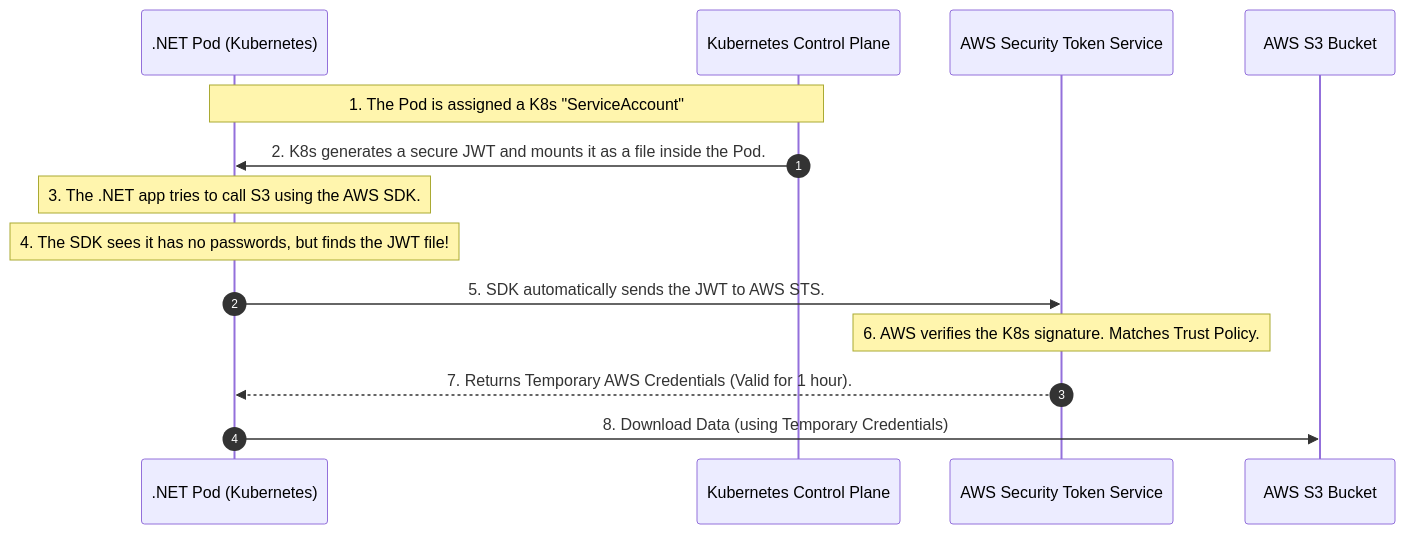
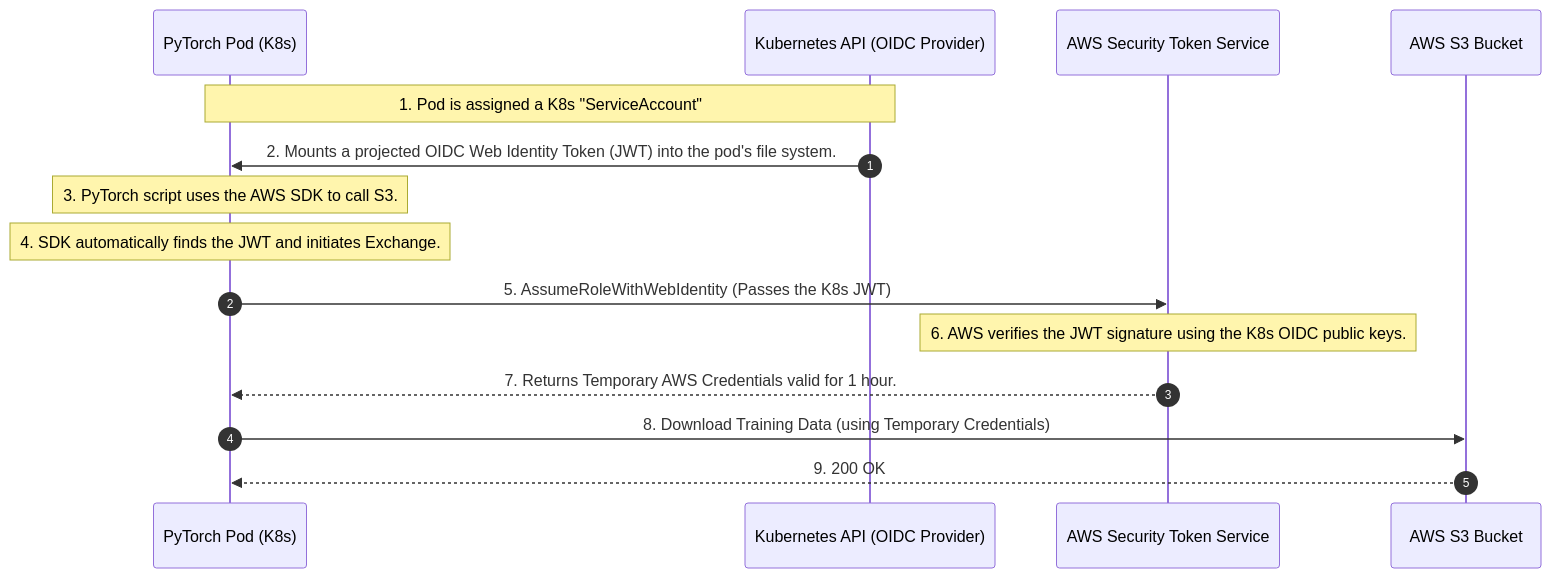
One commit to nirajp82/IdentityAccessManagement_IAM changed the third of 4 diagrams in Quiz/05_machine_to_machine_m2m_and_workload_identity.md. Above: the diagram before and after it, drawn with Mermaid. The commit also changed other lines of this file, not shown here.

````diff
--- a/Quiz/05_machine_to_machine_m2m_and_workload_identity.md
+++ b/Quiz/05_machine_to_machine_m2m_and_workload_identity.md
@@ -159,22 +189,23 @@
 ```mermaid
 sequenceDiagram
     autonumber
-    participant Pod as .NET Pod (Kubernetes)
-    participant Kube as Kubernetes Control Plane
+    participant Pod as PyTorch Pod (K8s)
+    participant Kube as Kubernetes API (OIDC Provider)
     participant AWS_STS as AWS Security Token Service
     participant S3 as AWS S3 Bucket
 
-    Note over Pod,Kube: 1. The Pod is assigned a K8s "ServiceAccount"
-    Kube->>Pod: 2. K8s generates a secure JWT and mounts it as a file inside the Pod.
+    Note over Pod,Kube: 1. Pod is assigned a K8s "ServiceAccount"
+    Kube->>Pod: 2. Mounts a projected OIDC Web Identity Token (JWT) into the pod's file system.
     
-    Note over Pod: 3. The .NET app tries to call S3 using the AWS SDK.
-    Note over Pod: 4. The SDK sees it has no passwords, but finds the JWT file!
+    Note over Pod: 3. PyTorch script uses the AWS SDK to call S3.
+    Note over Pod: 4. SDK automatically finds the JWT and initiates Exchange.
     
-    Pod->>AWS_STS: 5. SDK automatically sends the JWT to AWS STS.
+    Pod->>AWS_STS: 5. AssumeRoleWithWebIdentity (Passes the K8s JWT)
     
-    Note over AWS_STS: 6. AWS verifies the K8s signature. Matches Trust Policy.
-    AWS_STS-->>Pod: 7. Returns Temporary AWS Credentials (Valid for 1 hour).
+    Note over AWS_STS: 6. AWS verifies the JWT signature using the K8s OIDC public keys.
+    AWS_STS-->>Pod: 7. Returns Temporary AWS Credentials valid for 1 hour.
     
-    Pod->>S3: 8. Download Data (using Temporary Credentials)
+    Pod->>S3: 8. Download Training Data (using Temporary Credentials)
+    S3-->>Pod: 9. 200 OK
 
 ```
````
